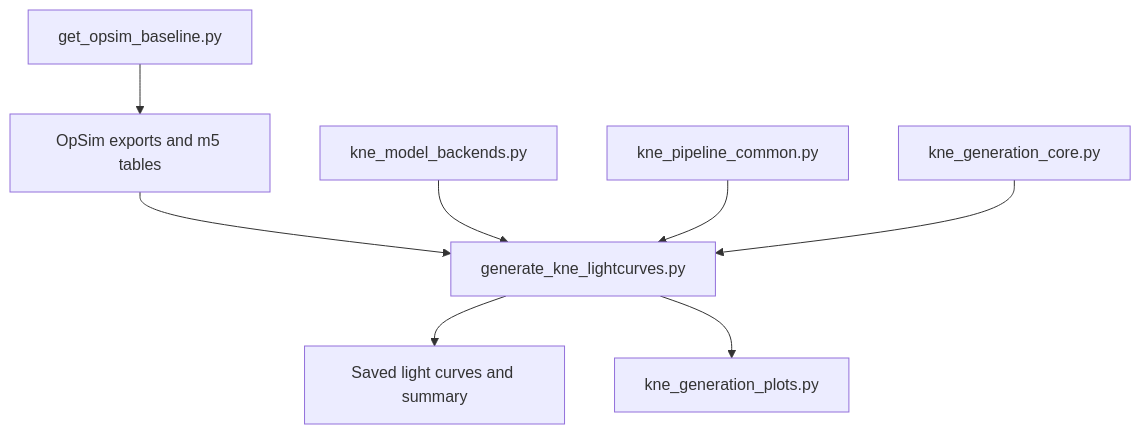
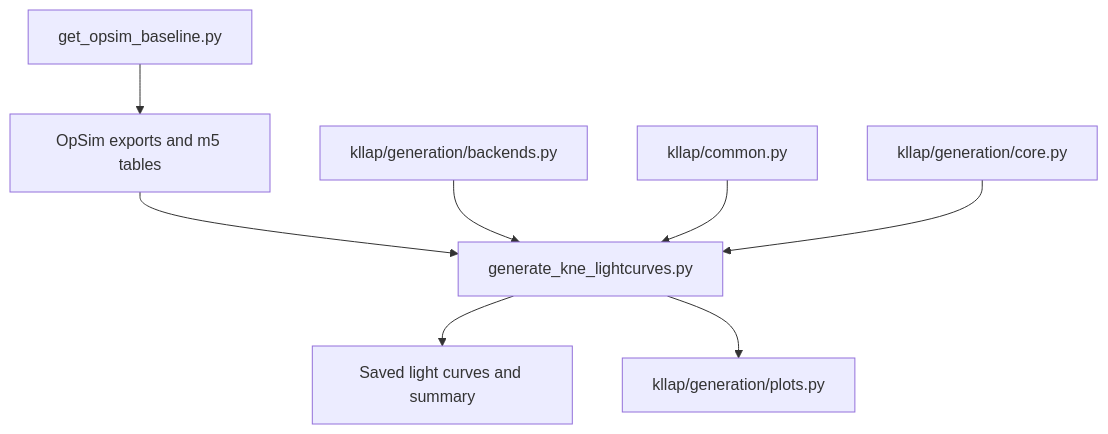
Before and after one commit to AlSag/KLLAP: the diagram in docs/refactoring_architecture.md, drawn with Mermaid. The commit also changed other lines of this file and 72 other files, not shown here.

````diff
--- a/docs/refactoring_architecture.md
+++ b/docs/refactoring_architecture.md
@@ -10,10 +24,10 @@
 ```mermaid
 flowchart TD
     O[get_opsim_baseline.py] --> E[OpSim exports and m5 tables]
     E --> G[generate_kne_lightcurves.py]
-    B[kne_model_backends.py] --> G
-    C[kne_pipeline_common.py] --> G
+    B[kllap/generation/backends.py] --> G
+    C[kllap/common.py] --> G
     G --> P[Saved light curves and summary]
-    K[kne_generation_core.py] --> G
-    G --> V[kne_generation_plots.py]
+    K[kllap/generation/core.py] --> G
+    G --> V[kllap/generation/plots.py]
 ```
````
